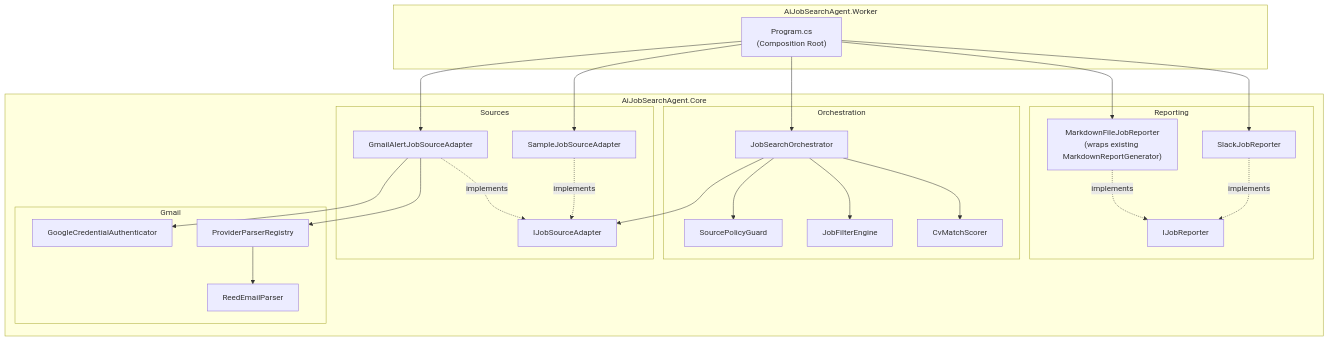
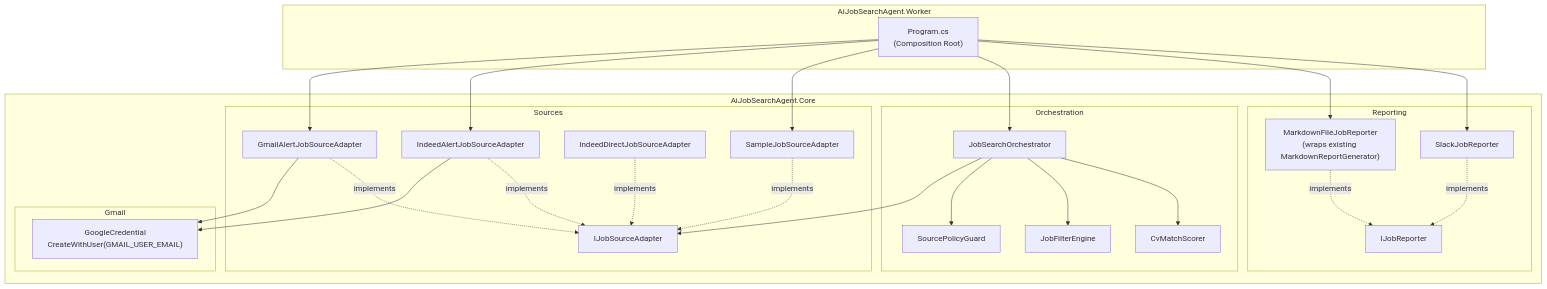
One commit to ekanatha-urivakili/AiJobSearchAgent changed the second of 11 diagrams in docs/gmail-slack-integration.md. Above: the diagram before and after it, drawn with Mermaid. The commit also changed other lines of this file and 5 other files, not shown here.

````diff
--- a/docs/gmail-slack-integration.md
+++ b/docs/gmail-slack-integration.md
@@ -79,53 +79,55 @@
 ```mermaid
 graph TB
     subgraph Worker["AiJobSearchAgent.Worker"]
         P["Program.cs\n(Composition Root)"]
     end
 
     subgraph Core["AiJobSearchAgent.Core"]
         subgraph Sources
             ISA["IJobSourceAdapter"]
             GJSA["GmailAlertJobSourceAdapter"]
+            IJSA["IndeedAlertJobSourceAdapter"]
+            IDJSA["IndeedDirectJobSourceAdapter"]
             SJSA["SampleJobSourceAdapter"]
         end
 
         subgraph Orchestration
             JO["JobSearchOrchestrator"]
             SPG["SourcePolicyGuard"]
             JFE["JobFilterEngine"]
             CMS["CvMatchScorer"]
         end
 
         subgraph Reporting
             IJR["IJobReporter"]
             MFR["MarkdownFileJobReporter\n(wraps existing MarkdownReportGenerator)"]
             SJR["SlackJobReporter"]
         end
 
         subgraph Gmail
-            GCA["GoogleCredentialAuthenticator"]
-            PRP["ProviderParserRegistry"]
-            REP["ReedEmailParser"]
+            GCA["GoogleCredential\nCreateWithUser(GMAIL_USER_EMAIL)"]
         end
     end
 
     P --> GJSA
+    P --> IJSA
     P --> SJSA
     P --> JO
     P --> MFR
     P --> SJR
 
     GJSA --> GCA
-    GJSA --> PRP
-    PRP --> REP
+    IJSA --> GCA
 
     JO --> ISA
     JO --> SPG
     JO --> JFE
     JO --> CMS
 
     GJSA -.->|implements| ISA
+    IJSA -.->|implements| ISA
+    IDJSA -.->|implements| ISA
     SJSA -.->|implements| ISA
     MFR -.->|implements| IJR
     SJR -.->|implements| IJR
 ```
````
